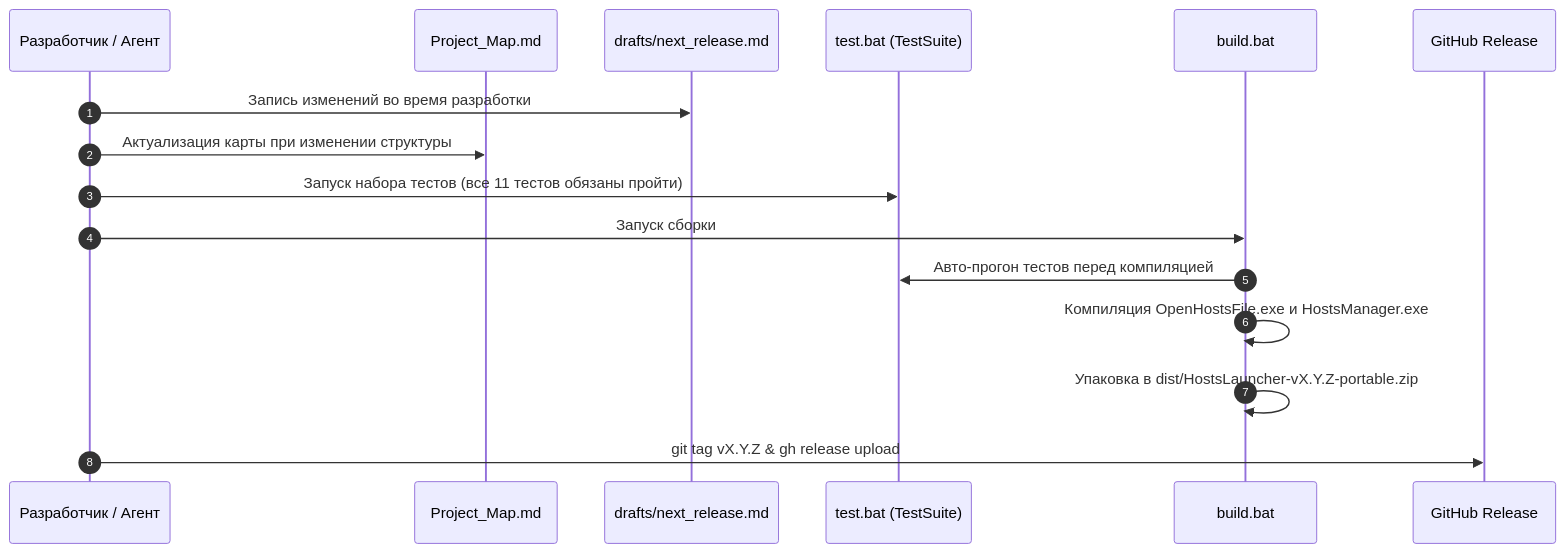
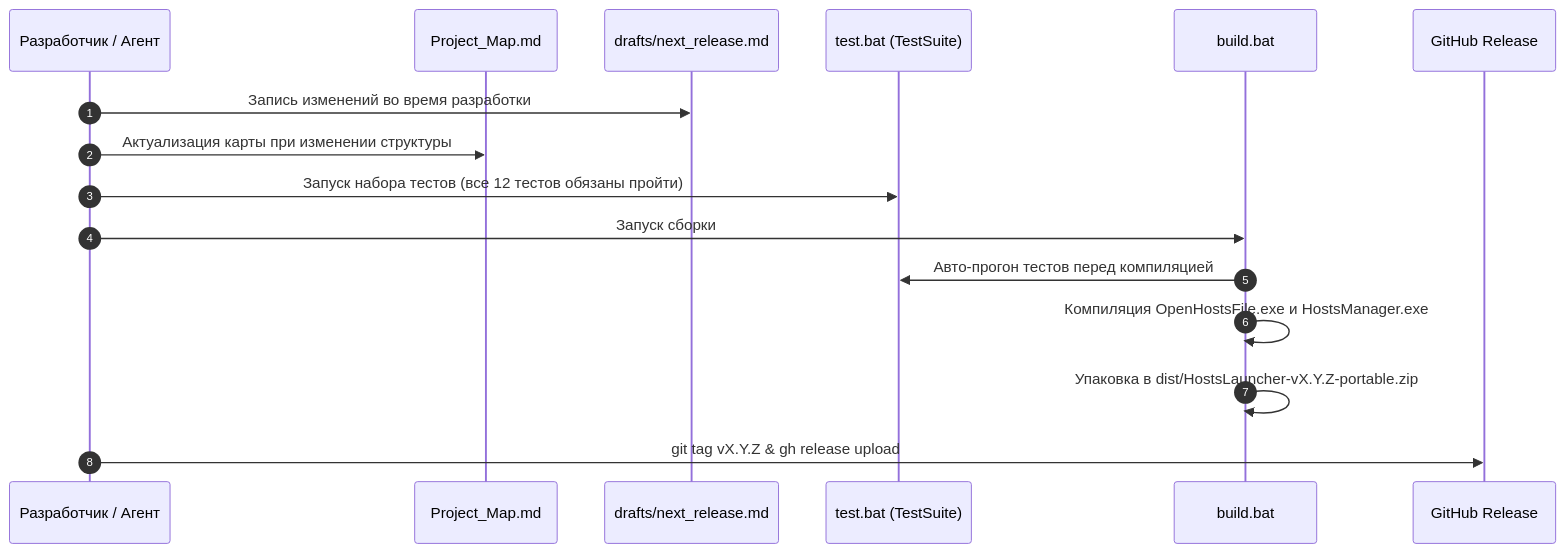
One commit to MaximXR/hosts-file-manager changed the second of 2 diagrams in Project_Map.md. Above: the diagram before and after it, drawn with Mermaid. The commit also changed other lines of this file and 16 other files, not shown here.

````diff
--- a/Project_Map.md
+++ b/Project_Map.md
@@ -146,19 +152,19 @@
 ```mermaid
 sequenceDiagram
     autonumber
     participant Dev as Разработчик / Агент
     participant Map as Project_Map.md
     participant Draft as drafts/next_release.md
     participant Test as test.bat (TestSuite)
     participant Build as build.bat
     participant Release as GitHub Release
 
     Dev->>Draft: Запись изменений во время разработки
     Dev->>Map: Актуализация карты при изменении структуры
-    Dev->>Test: Запуск набора тестов (все 11 тестов обязаны пройти)
+    Dev->>Test: Запуск набора тестов (все 12 тестов обязаны пройти)
     Dev->>Build: Запуск сборки
     Build->>Test: Авто-прогон тестов перед компиляцией
     Build->>Build: Компиляция OpenHostsFile.exe и HostsManager.exe
     Build->>Build: Упаковка в dist/HostsLauncher-vX.Y.Z-portable.zip
     Dev->>Release: git tag vX.Y.Z & gh release upload
 ```
````
